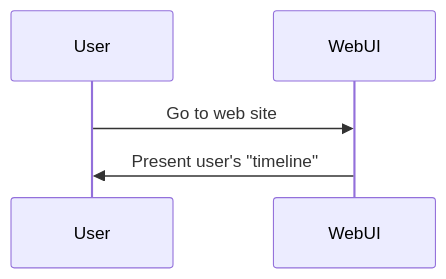
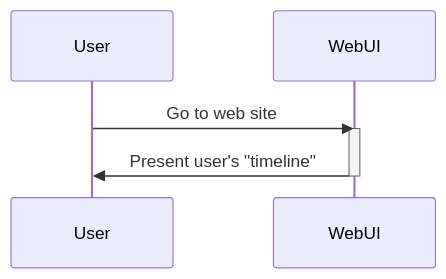
One commit to LiamBoz/ClapTrap changed the diagram in Requirements.md. Above: the diagram before and after it, drawn with Mermaid.

Commit message:
sequence diagram for Create Post use case

````diff
--- a/Requirements.md
+++ b/Requirements.md
@@ -65,5 +65,7 @@
 ```mermaid
 sequenceDiagram
   User->>WebUI: Go to web site
+  activate WebUI
   WebUI->>User: Present user's "timeline"
+  deactivate WebUI
 ```
````
